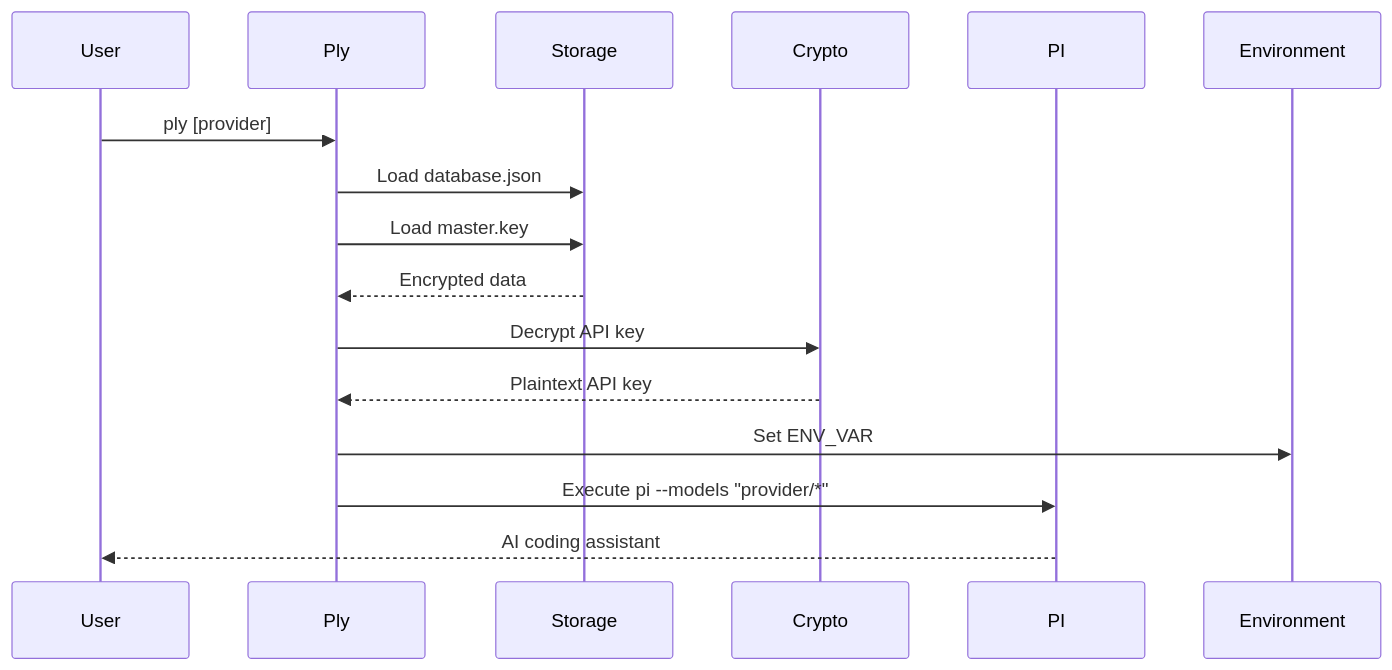
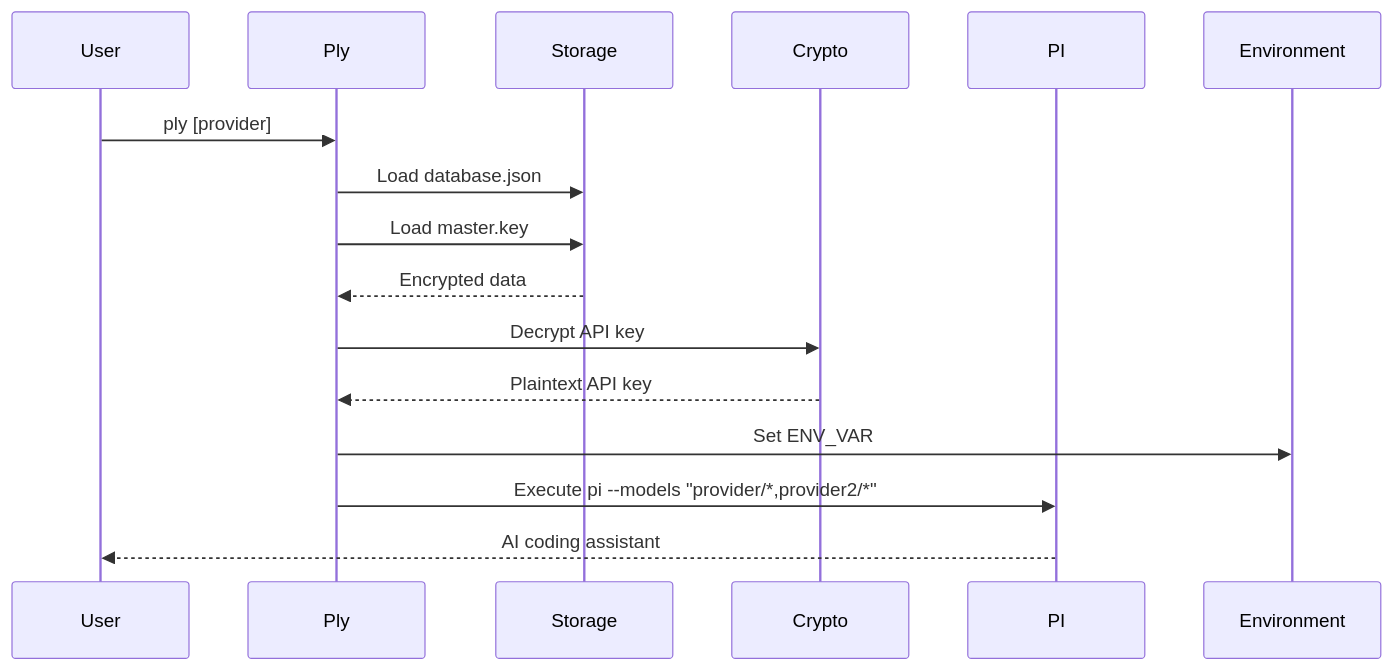
The second of 4 diagrams in docs/architecture.md (dkmnx/pyx), drawn with Mermaid before and after one commit. The commit also changed other lines of this file, not shown here.

First line of the commit message:
docs: fix Mermaid diagrams to match source code

````diff
--- a/docs/architecture.md
+++ b/docs/architecture.md
@@ -57,18 +63,18 @@
 ```mermaid
 sequenceDiagram
     participant User
     participant Ply
     participant Storage
     participant Crypto
     participant PI
 
     User->>Ply: ply [provider]
     Ply->>Storage: Load database.json
     Ply->>Storage: Load master.key
     Storage-->>Ply: Encrypted data
     Ply->>Crypto: Decrypt API key
     Crypto-->>Ply: Plaintext API key
     Ply->>Environment: Set ENV_VAR
-    Ply->>PI: Execute pi --models "provider/*"
+    Ply->>PI: Execute pi --models "provider/*,provider2/*"
     PI-->>User: AI coding assistant
 ```
````
